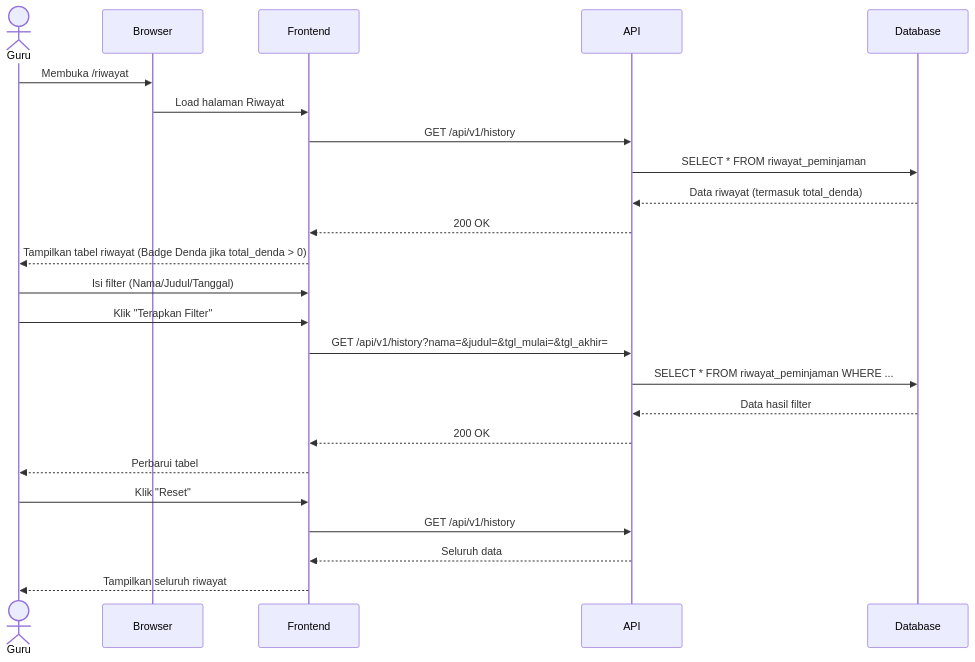
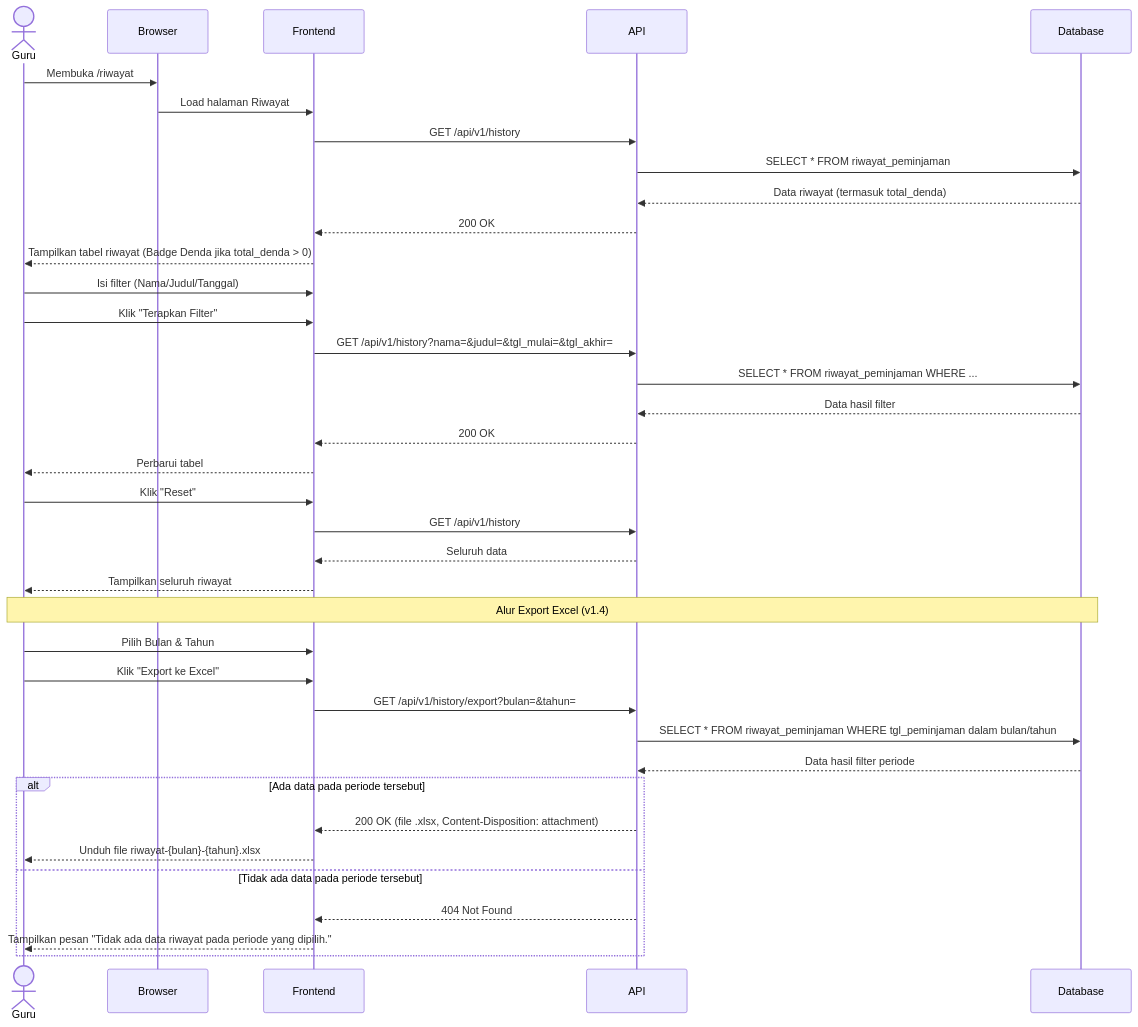
One commit to aliyaFarah14/DPSI-BRAYYY_Project changed the diagram in Docs/system_logic/sys_uc_005.md. Above: the diagram before and after it, drawn with Mermaid. The commit also changed other lines of this file and 2 other files, not shown here.

````diff
--- a/Docs/system_logic/sys_uc_005.md
+++ b/Docs/system_logic/sys_uc_005.md
@@ -44,31 +44,46 @@
 ```mermaid
 sequenceDiagram
     actor Guru
     participant Browser
     participant Frontend
     participant API
     participant Database
 
     Guru->>Browser: Membuka /riwayat
     Browser->>Frontend: Load halaman Riwayat
 
     Frontend->>API: GET /api/v1/history
     API->>Database: SELECT * FROM riwayat_peminjaman
     Database-->>API: Data riwayat (termasuk total_denda)
     API-->>Frontend: 200 OK
     Frontend-->>Guru: Tampilkan tabel riwayat (Badge Denda jika total_denda > 0)
 
     Guru->>Frontend: Isi filter (Nama/Judul/Tanggal)
     Guru->>Frontend: Klik "Terapkan Filter"
 
     Frontend->>API: GET /api/v1/history?nama=&judul=&tgl_mulai=&tgl_akhir=
     API->>Database: SELECT * FROM riwayat_peminjaman WHERE ...
     Database-->>API: Data hasil filter
     API-->>Frontend: 200 OK
     Frontend-->>Guru: Perbarui tabel
 
     Guru->>Frontend: Klik "Reset"
     Frontend->>API: GET /api/v1/history
     API-->>Frontend: Seluruh data
     Frontend-->>Guru: Tampilkan seluruh riwayat
+
+    Note over Guru,Database: Alur Export Excel (v1.4)
+    Guru->>Frontend: Pilih Bulan & Tahun
+    Guru->>Frontend: Klik "Export ke Excel"
+    Frontend->>API: GET /api/v1/history/export?bulan=&tahun=
+    API->>Database: SELECT * FROM riwayat_peminjaman WHERE tgl_peminjaman dalam bulan/tahun
+    Database-->>API: Data hasil filter periode
+
+    alt Ada data pada periode tersebut
+        API-->>Frontend: 200 OK (file .xlsx, Content-Disposition: attachment)
+        Frontend-->>Guru: Unduh file riwayat-{bulan}-{tahun}.xlsx
+    else Tidak ada data pada periode tersebut
+        API-->>Frontend: 404 Not Found
+        Frontend-->>Guru: Tampilkan pesan "Tidak ada data riwayat pada periode yang dipilih."
+    end
 ```
````
